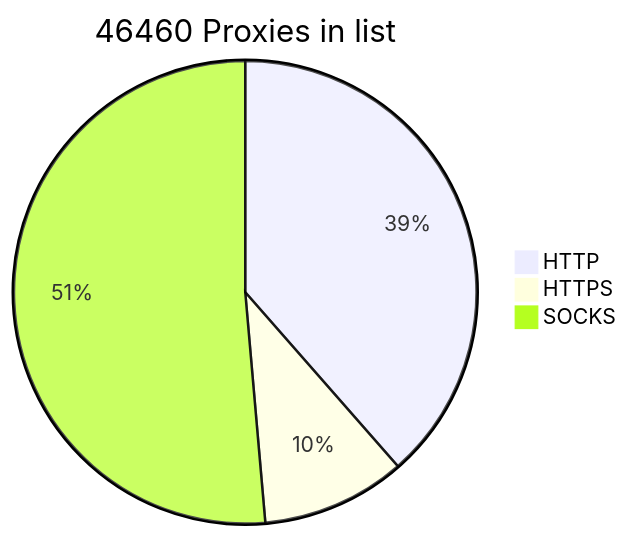
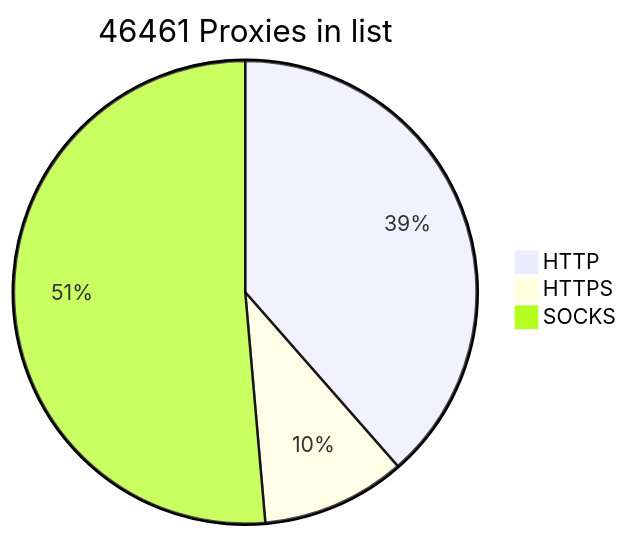
Before and after one commit to BlackSnowDot/proxylist-update-every-minute: the diagram in README.md, drawn with Mermaid.

````diff
--- a/README.md
+++ b/README.md
@@ -2,6 +2,6 @@
 ```mermaid
-pie title 46460 Proxies in list
+pie title 46461 Proxies in list
     "HTTP" : 19616
     "HTTPS": 5130
-    "SOCKS" : 26156
+    "SOCKS" : 26157
 ```
````
